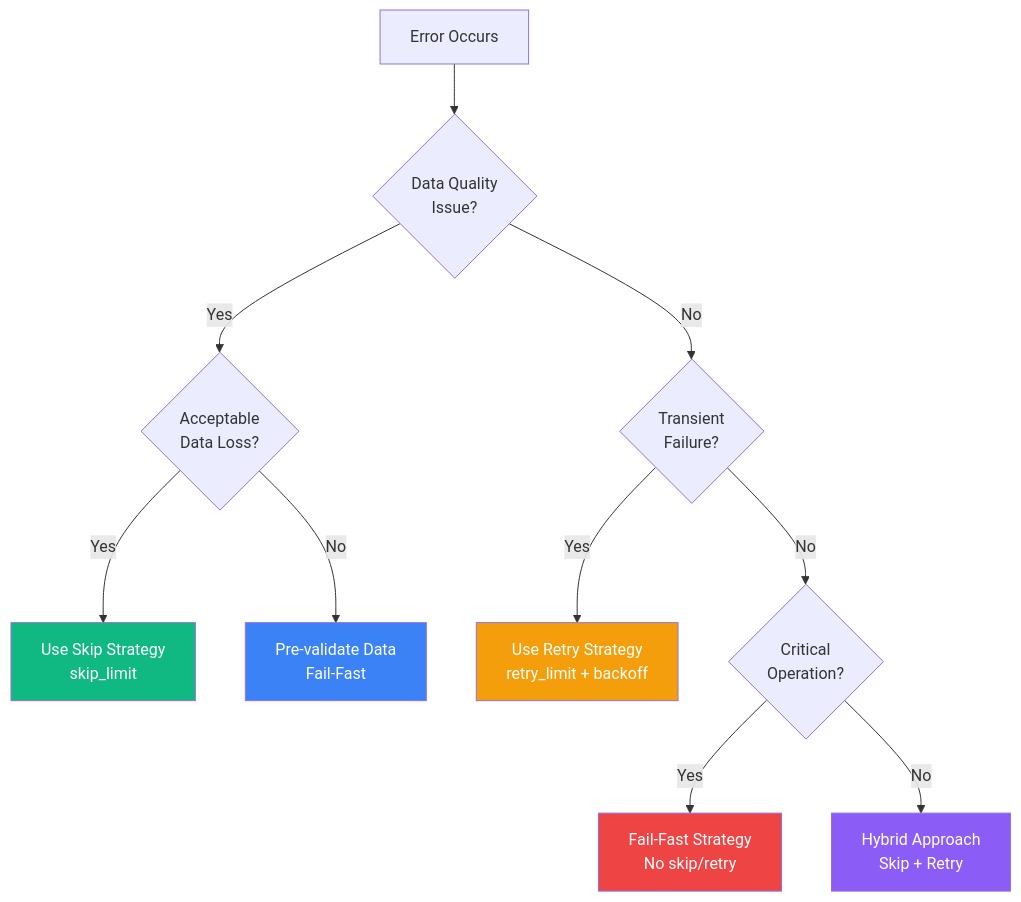
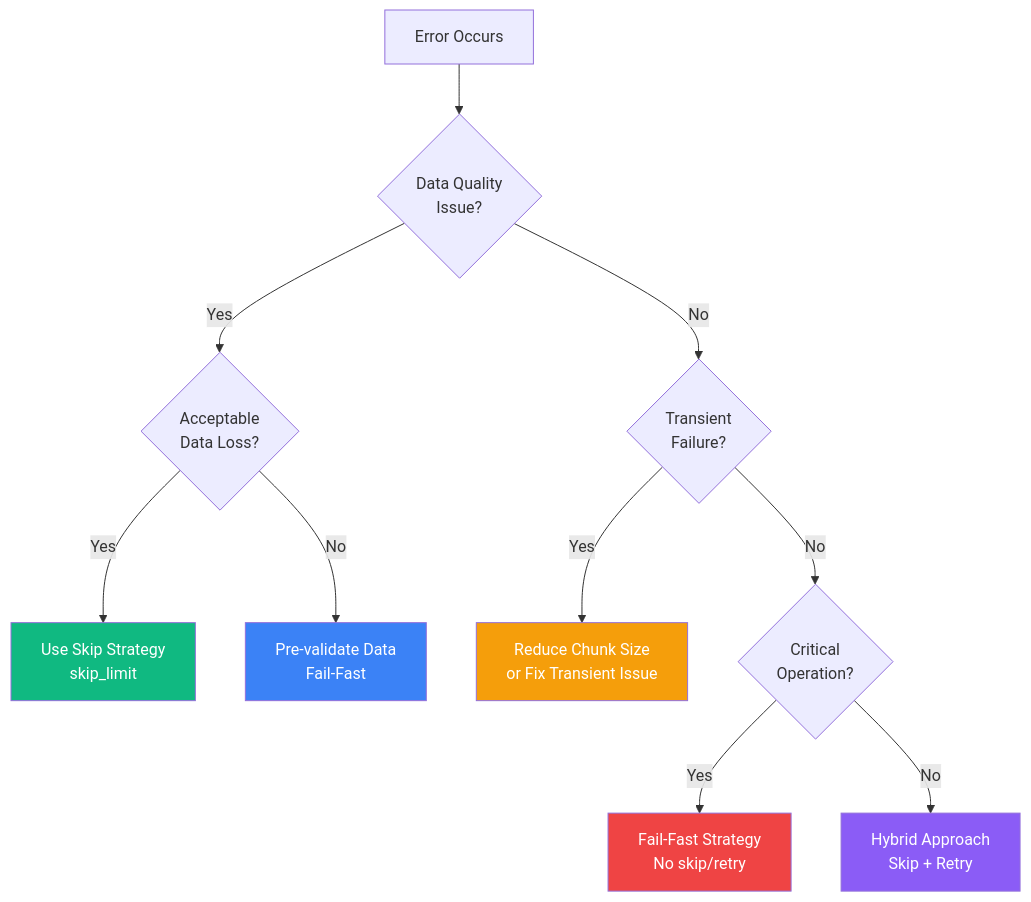
The fourth of 4 diagrams in src/content/docs/error-handling.mdx (spring-batch-rs/sbrs-docsite), drawn with Mermaid before and after one commit. The commit also changed other lines of this file and 7 other files, not shown here.

````diff
--- a/src/content/docs/error-handling.mdx
+++ b/src/content/docs/error-handling.mdx
@@ -727,21 +727,21 @@
 ```mermaid
 graph TB
     Start[Error Occurs] --> DataError{Data Quality<br/>Issue?}
 
     DataError -->|Yes| Acceptable{Acceptable<br/>Data Loss?}
     Acceptable -->|Yes| UseSkip[Use Skip Strategy<br/>skip_limit]
     Acceptable -->|No| UseValidation[Pre-validate Data<br/>Fail-Fast]
 
     DataError -->|No| Transient{Transient<br/>Failure?}
-    Transient -->|Yes| UseRetry[Use Retry Strategy<br/>retry_limit + backoff]
+    Transient -->|Yes| UseRetry[Reduce Chunk Size<br/>or Fix Transient Issue]
     Transient -->|No| Critical{Critical<br/>Operation?}
 
     Critical -->|Yes| FailFast[Fail-Fast Strategy<br/>No skip/retry]
     Critical -->|No| Hybrid[Hybrid Approach<br/>Skip + Retry]
 
     style UseSkip fill:#10b981,color:#fff
     style UseRetry fill:#f59e0b,color:#fff
     style FailFast fill:#ef4444,color:#fff
     style UseValidation fill:#3b82f6,color:#fff
     style Hybrid fill:#8b5cf6,color:#fff
 ```
````
